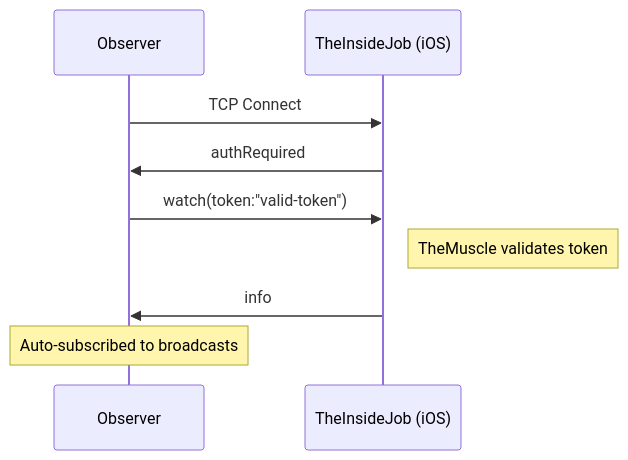
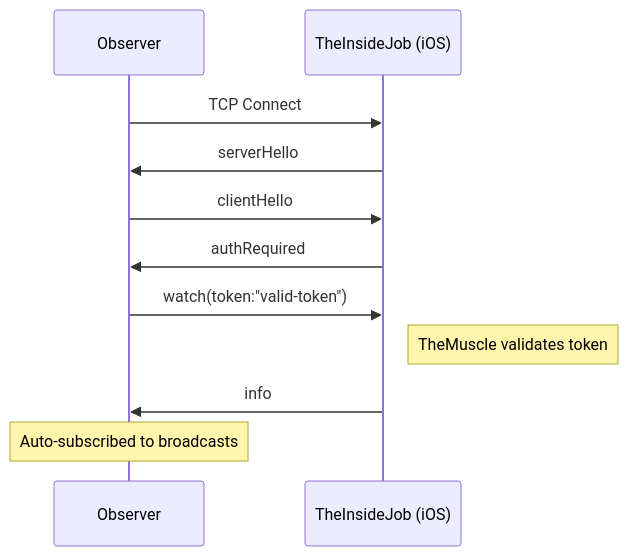
One commit to RoyalPineapple/TheButtonHeist changed the seventh of 7 diagrams in docs/AUTH.md. Above: the diagram before and after it, drawn with Mermaid. The commit also changed other lines of this file and 30 other files, not shown here.

````diff
--- a/docs/AUTH.md
+++ b/docs/AUTH.md
@@ -198,12 +209,14 @@
 ```mermaid
 sequenceDiagram
     participant Observer
     participant TheInsideJob as TheInsideJob (iOS)
 
     Observer->>TheInsideJob: TCP Connect
+    TheInsideJob->>Observer: serverHello
+    Observer->>TheInsideJob: clientHello
     TheInsideJob->>Observer: authRequired
     Observer->>TheInsideJob: watch(token:"valid-token")
     Note right of TheInsideJob: TheMuscle validates token
     TheInsideJob->>Observer: info
     Note over Observer: Auto-subscribed to broadcasts
 ```
````
